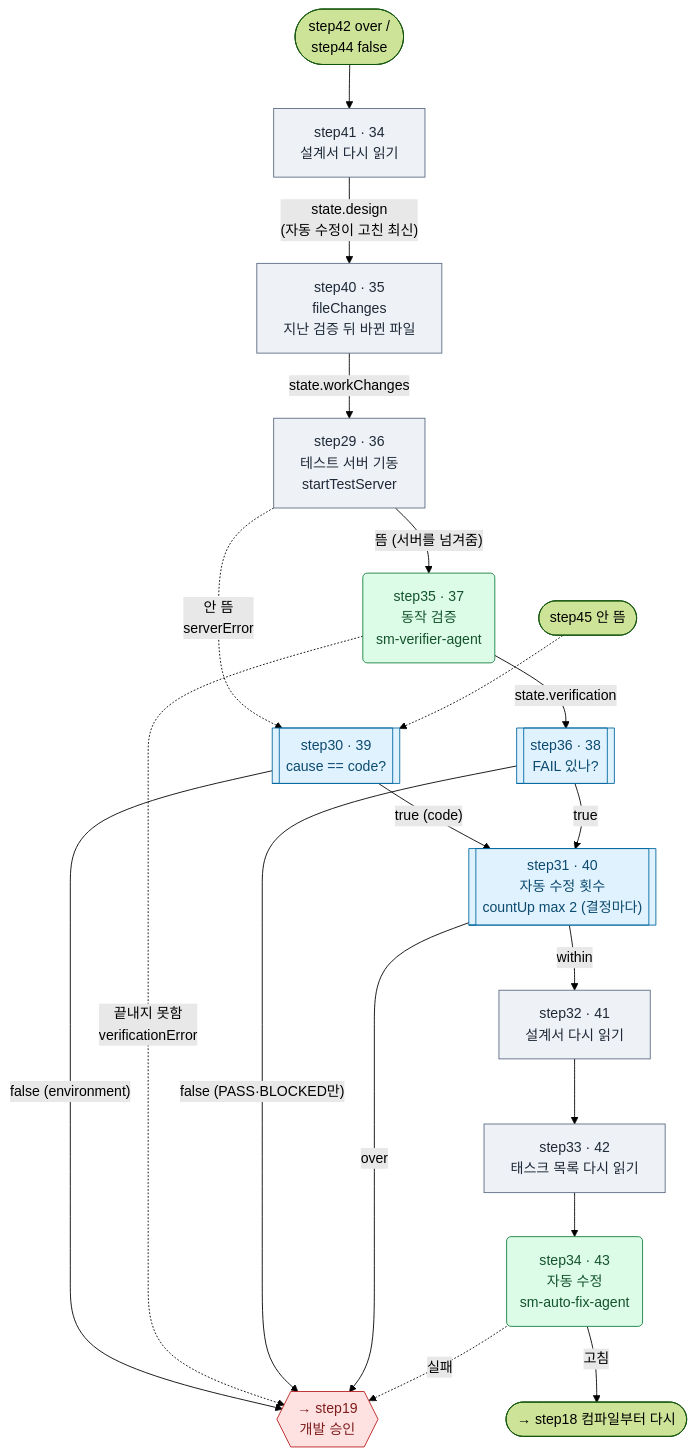
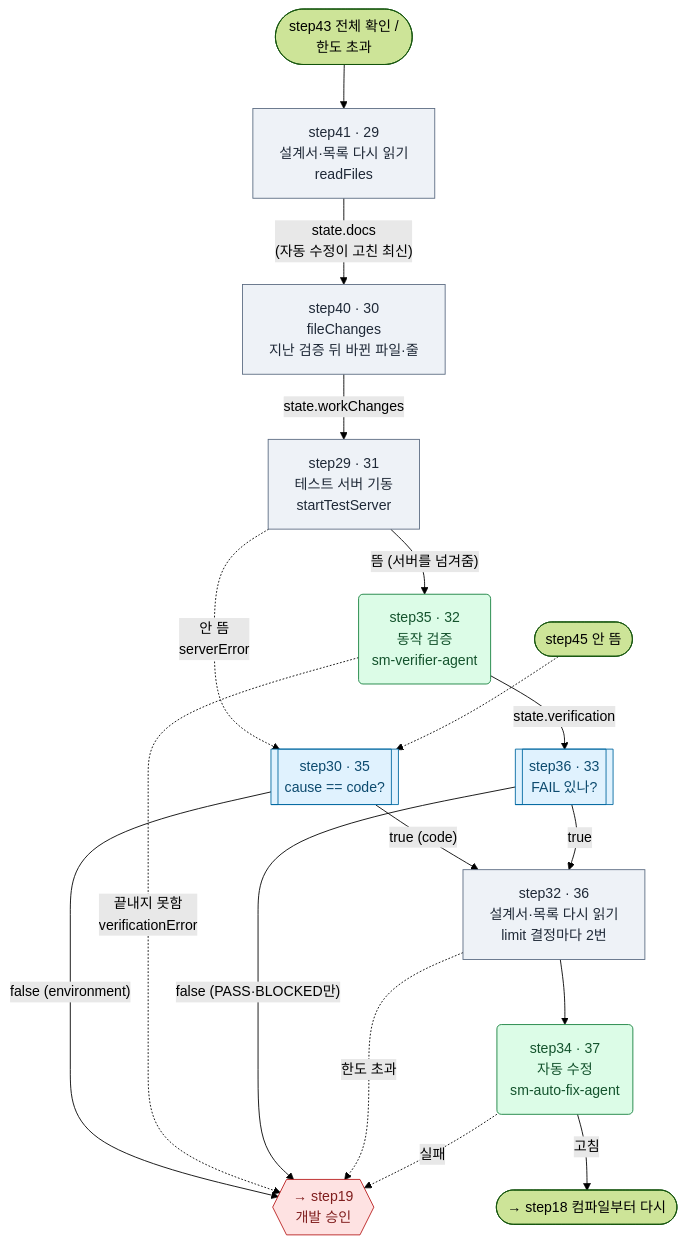
Before and after one commit to YongSoekChoeng/dstone: diagram 15 of 24 in docs/09.dstone-ai-engine-sm-workflow.md, drawn with Mermaid (forest theme). The commit also changed other lines of this file and 26 other files, not shown here.

First line of the commit message:
ai-engine: step 한도(limit)와 시작 시각 설정, sm-workflow 2.11.0 노드 줄이기(58 → 48)

````diff
--- a/docs/09.dstone-ai-engine-sm-workflow.md
+++ b/docs/09.dstone-ai-engine-sm-workflow.md
@@ -1189,26 +1130,24 @@
 ```mermaid
 flowchart TD
-    IN(["step42 over /<br/>step44 false"]) --> step41["step41 · 34<br/>설계서 다시 읽기"]:::tool
-    step41 -->|"state.design<br/>(자동 수정이 고친 최신)"| step40["step40 · 35<br/>fileChanges<br/>지난 검증 뒤 바뀐 파일"]:::tool
-    step40 -->|state.workChanges| step29["step29 · 36<br/>테스트 서버 기동<br/>startTestServer"]:::tool
-    step29 -->|"뜸 (서버를 넘겨줌)"| step35("step35 · 37<br/>동작 검증<br/>sm-verifier-agent"):::agent
-    step29 -.->|"안 뜸<br/>serverError"| step30[["step30 · 39<br/>cause == code?"]]:::route
+    IN(["step43 전체 확인 /<br/>한도 초과"]) --> step41["step41 · 29<br/>설계서·목록 다시 읽기<br/>readFiles"]:::tool
+    step41 -->|"state.docs<br/>(자동 수정이 고친 최신)"| step40["step40 · 30<br/>fileChanges<br/>지난 검증 뒤 바뀐 파일·줄"]:::tool
+    step40 -->|state.workChanges| step29["step29 · 31<br/>테스트 서버 기동<br/>startTestServer"]:::tool
+    step29 -->|"뜸 (서버를 넘겨줌)"| step35("step35 · 32<br/>동작 검증<br/>sm-verifier-agent"):::agent
+    step29 -.->|"안 뜸<br/>serverError"| step30[["step30 · 35<br/>cause == code?"]]:::route
     S45(["step45 안 뜸"]) -.-> step30
     step30 -->|"false (environment)"| step19{{"→ step19<br/>개발 승인"}}:::appr
-    step30 -->|"true (code)"| step31
-    step35 -->|state.verification| step36[["step36 · 38<br/>FAIL 있나?"]]:::route
+    step30 -->|"true (code)"| step32
+    step35 -->|state.verification| step36[["step36 · 33<br/>FAIL 있나?"]]:::route
     step35 -.->|"끝내지 못함<br/>verificationError"| step19
     step36 -->|"false (PASS·BLOCKED만)"| step19
-    step36 -->|true| step31[["step31 · 40<br/>자동 수정 횟수<br/>countUp max 2 (결정마다)"]]:::route
-    step31 -->|over| step19
-    step31 -->|within| step32["step32 · 41<br/>설계서 다시 읽기"]:::tool
-    step32 --> step33["step33 · 42<br/>태스크 목록 다시 읽기"]:::tool
-    step33 --> step34("step34 · 43<br/>자동 수정<br/>sm-auto-fix-agent"):::agent
+    step36 -->|true| step32["step32 · 36<br/>설계서·목록 다시 읽기<br/>limit 결정마다 2번"]:::tool
+    step32 -.->|한도 초과| step19
+    step32 --> step34("step34 · 37<br/>자동 수정<br/>sm-auto-fix-agent"):::agent
     step34 -->|"고침"| step18(["→ step18 컴파일부터 다시"])
     step34 -.->|실패| step19
 
     classDef tool fill:#eef2f7,stroke:#5b6b82,color:#1f2937
     classDef route fill:#e0f2fe,stroke:#0369a1,color:#0c4a6e
     classDef agent fill:#dcfce7,stroke:#15803d,color:#14532d
     classDef appr fill:#fee2e2,stroke:#b91c1c,color:#7f1d1d
 ```
````
